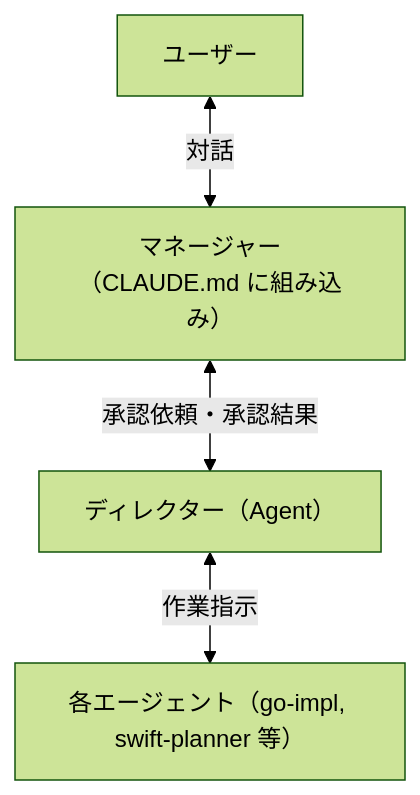
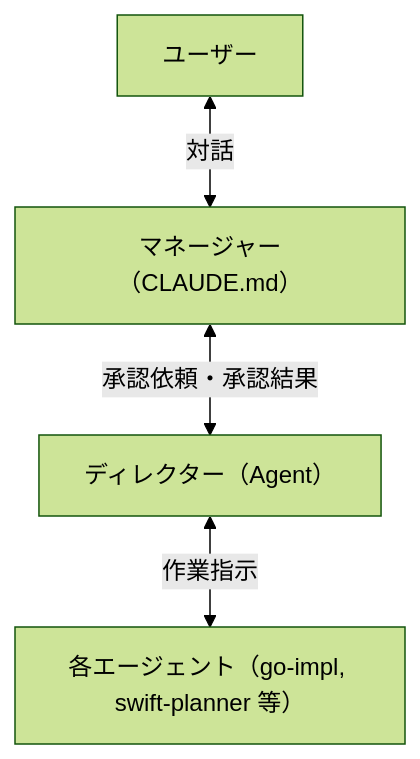
Before and after one commit to nyan-tama/Ghostrunner: the first of 5 diagrams in 開発/検討中/2026-04-03_マネージャーとディレクター.md, drawn with Mermaid (forest theme). The commit also changed other lines of this file, not shown here.

````diff
--- a/開発/検討中/2026-04-03_マネージャーとディレクター.md
+++ b/開発/検討中/2026-04-03_マネージャーとディレクター.md
@@ -36,11 +40,11 @@
 ```mermaid
 flowchart TB
     USER[ユーザー]
-    MGR["マネージャー（CLAUDE.md に組み込み）"]
+    MGR["マネージャー（CLAUDE.md）"]
     DIR["ディレクター（Agent）"]
     AGENTS["各エージェント（go-impl, swift-planner 等）"]
 
     USER <-->|対話| MGR
     MGR <-->|承認依頼・承認結果| DIR
     DIR <-->|作業指示| AGENTS
 ```
````
